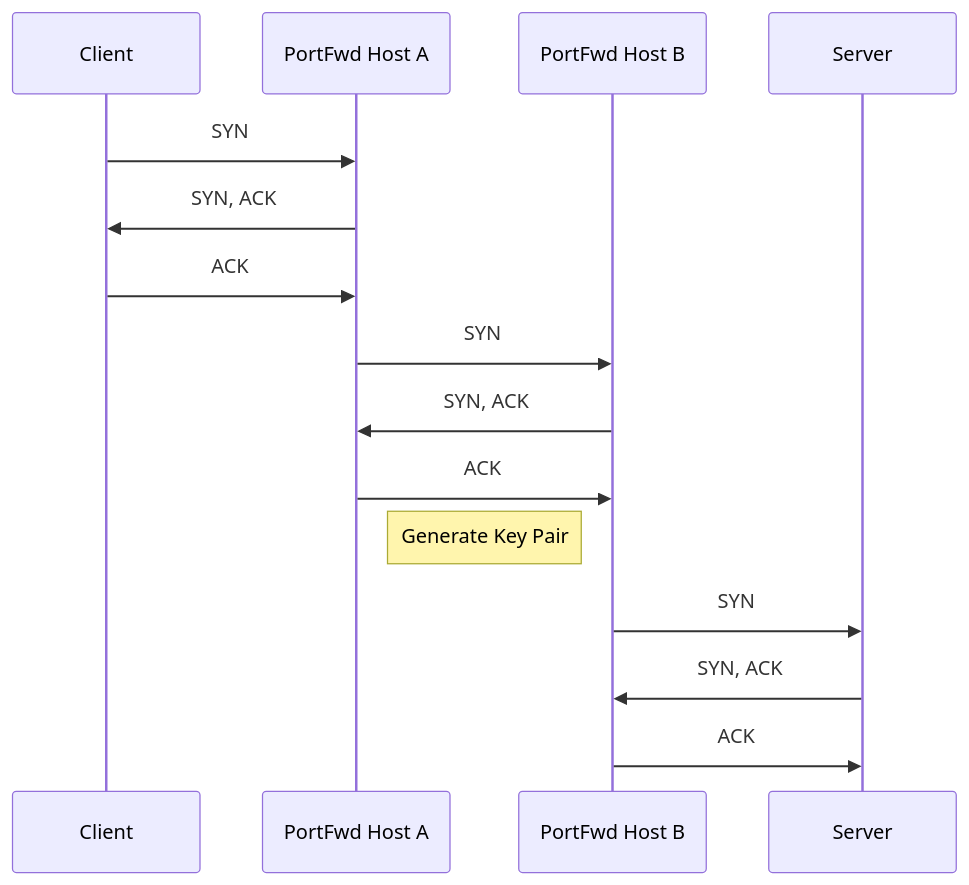
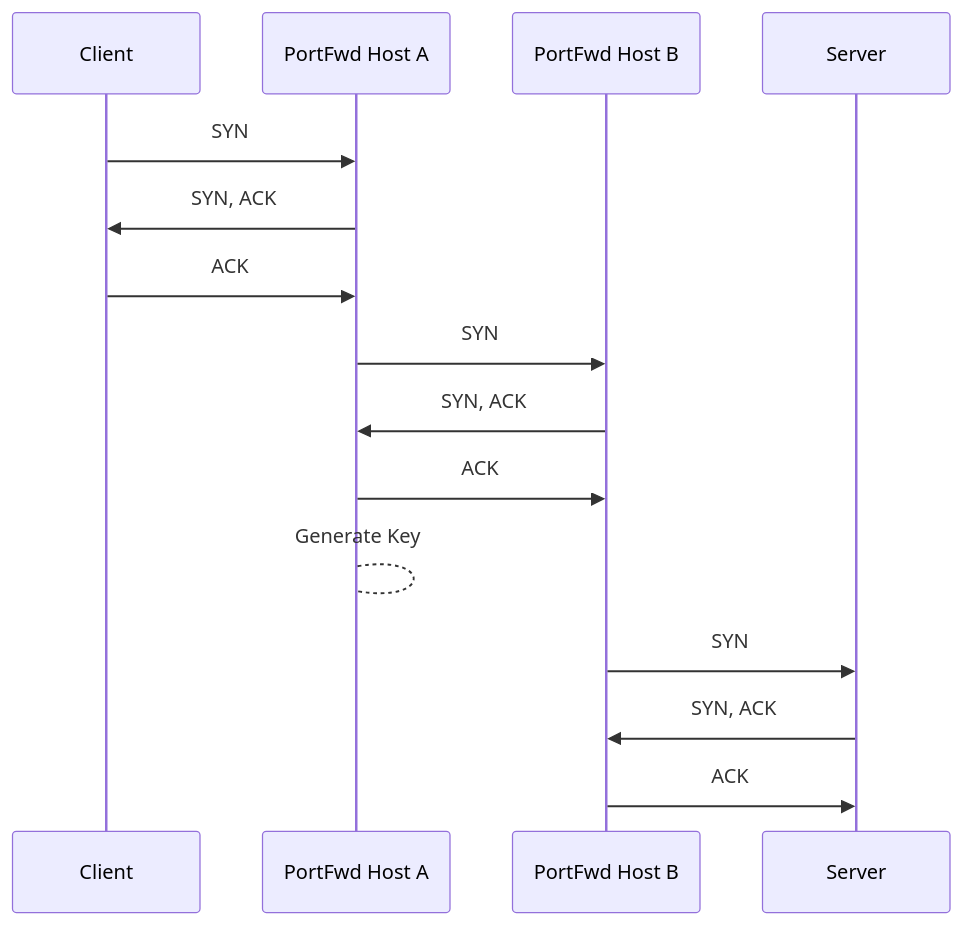
Before and after one commit to cmason3/portfwd: the diagram in README.md, drawn with Mermaid.

````diff
--- a/README.md
+++ b/README.md
@@ -32,19 +32,19 @@
 ```mermaid
 sequenceDiagram
     participant C as Client
     participant A as PortFwd Host A
     participant B as PortFwd Host B
     participant S as Server
     C->>A: SYN
     A->>C: SYN, ACK
     C->>A: ACK
     A->>B: SYN
     B->>A: SYN, ACK
     A->>B: ACK
 
-    Note right of A: Generate Key Pair
+    A-->A: Generate Key
 
     B->>S: SYN
     S->>B: SYN, ACK
     B->>S: ACK
 ```
````
